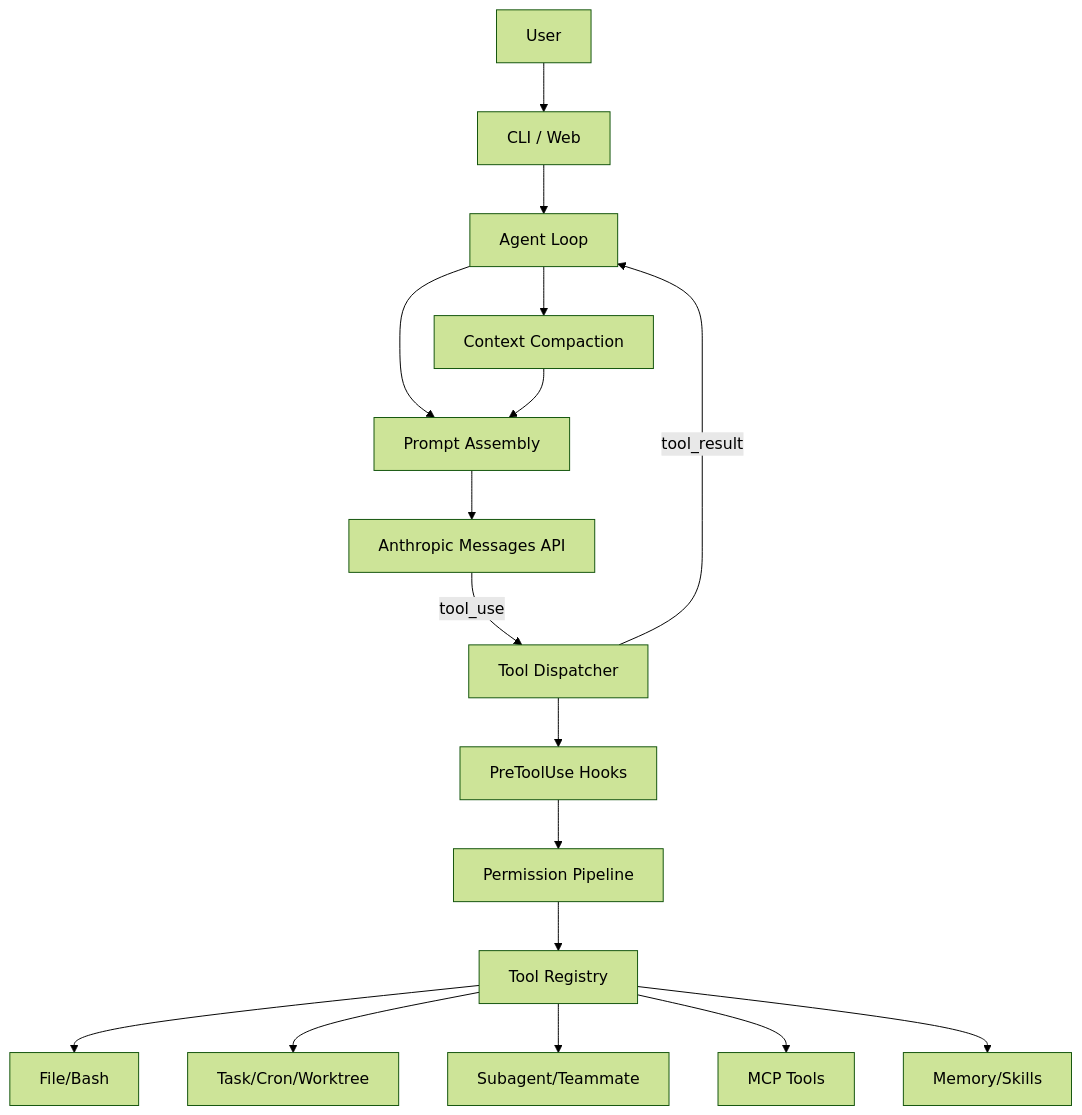
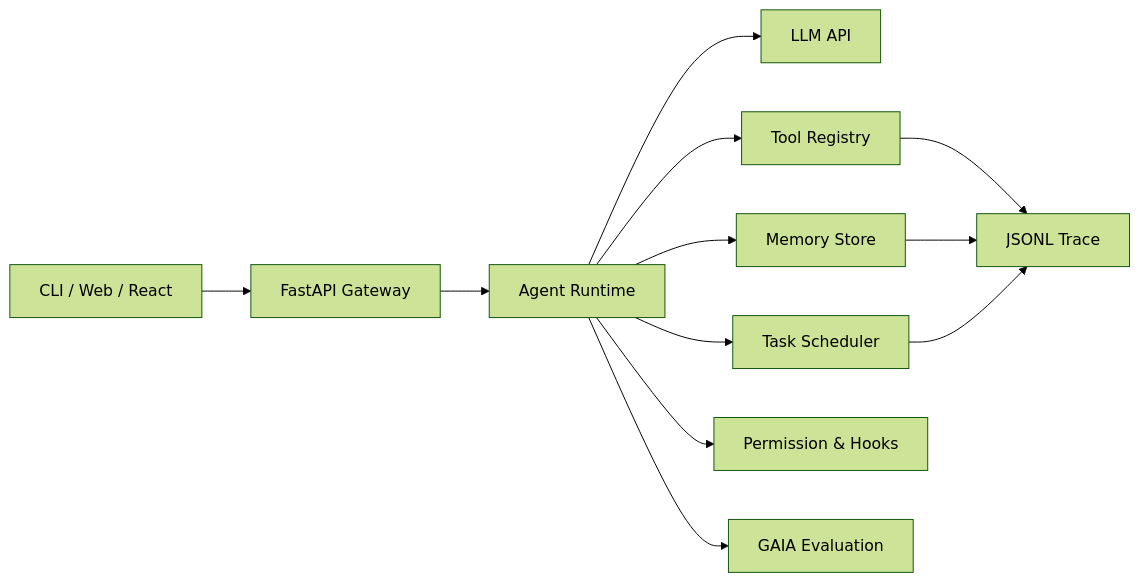
The diagram in README.md (HZ3568/AgentForAll), drawn with Mermaid (forest theme) before and after one commit. The commit also changed other lines of this file, not shown here.

````diff
--- a/README.md
+++ b/README.md
@@ -82,19 +29,14 @@
 ```mermaid
-flowchart TD
-    U[User] --> CLI[CLI / Web]
-    CLI --> Loop[Agent Loop]
-    Loop --> Prompt[Prompt Assembly]
-    Prompt --> LLM[Anthropic Messages API]
-    LLM -->|tool_use| Dispatcher[Tool Dispatcher]
-    Dispatcher --> Hooks[PreToolUse Hooks]
-    Hooks --> Permission[Permission Pipeline]
-    Permission --> Tools[Tool Registry]
-    Tools --> Files[File/Bash]
-    Tools --> Tasks[Task/Cron/Worktree]
-    Tools --> Agents[Subagent/Teammate]
-    Tools --> MCP[MCP Tools]
-    Tools --> Memory[Memory/Skills]
-    Dispatcher -->|tool_result| Loop
-    Loop --> Context[Context Compaction]
-    Context --> Prompt
+flowchart LR
+    UI[CLI / Web / React] --> API[FastAPI Gateway]
+    API --> Runtime[Agent Runtime]
+    Runtime --> LLM[LLM API]
+    Runtime --> Tools[Tool Registry]
+    Runtime --> Memory[Memory Store]
+    Runtime --> Tasks[Task Scheduler]
+    Runtime --> Hooks[Permission & Hooks]
+    Runtime --> Eval[GAIA Evaluation]
+    Tools --> Trace[JSONL Trace]
+    Memory --> Trace
+    Tasks --> Trace
 ```
````
